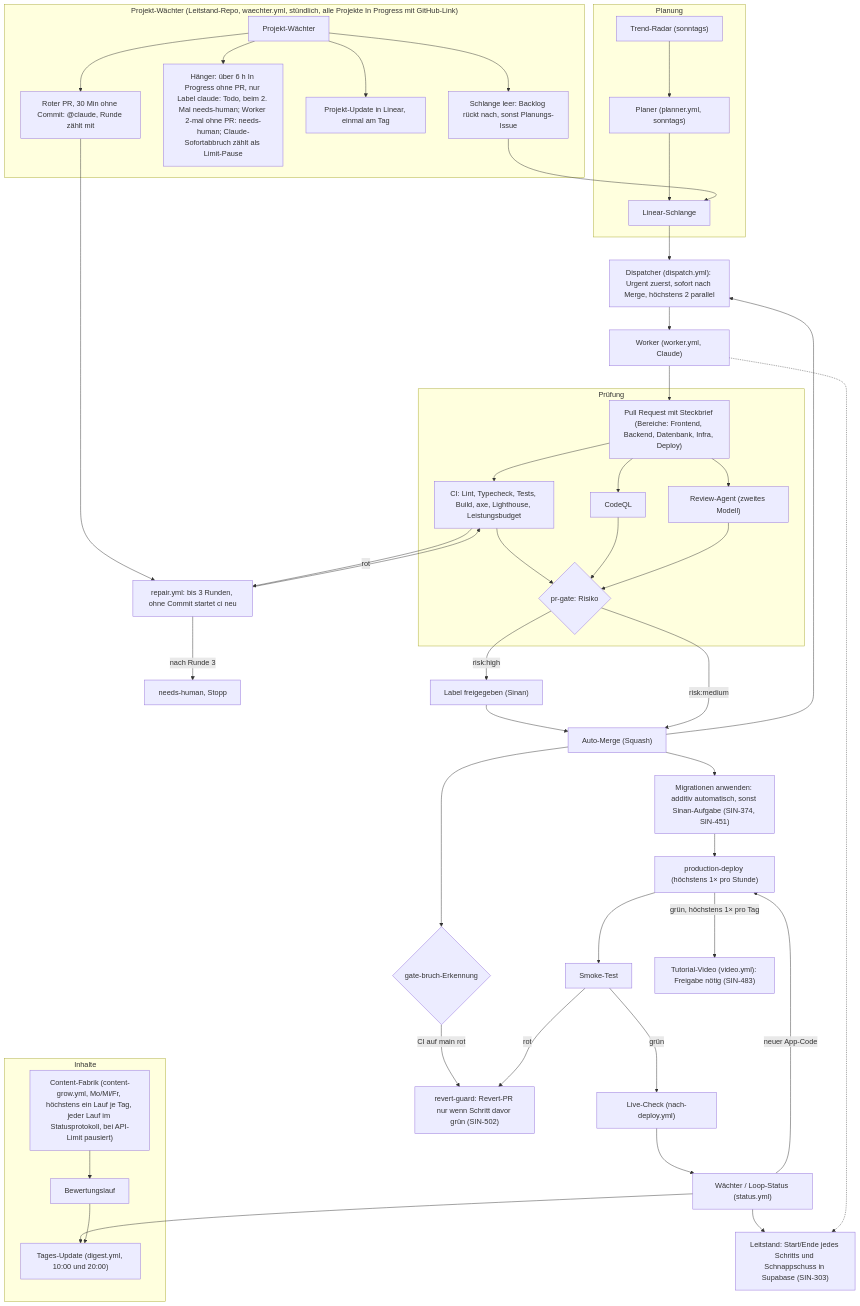
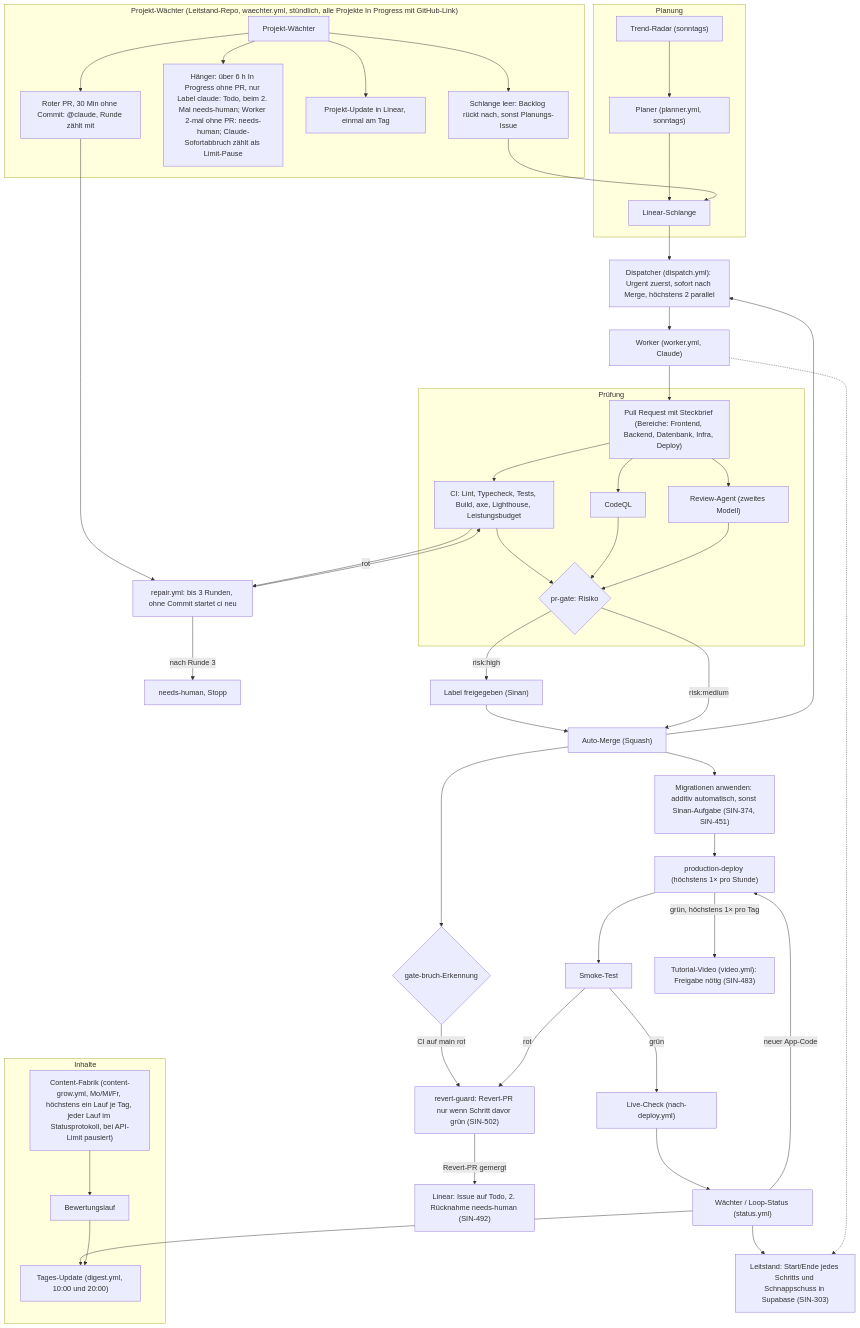
Before and after one commit to siinanXD/Content-Agent-Lernapp: the diagram in docs/diagramme/pipeline.mmd, drawn with Mermaid. The commit also changed 12 other files, not shown here.

Commit message:
feat(autonomy): zurückgenommenes Issue in Linear wieder öffnen (SIN-492) (#304)

```diff
--- a/docs/diagramme/pipeline.mmd
+++ b/docs/diagramme/pipeline.mmd
@@ -1,50 +1,51 @@
 %% Pipeline-Ablauf des Loops, Stand main 09.10. (SIN-376). Quelle für das FigJam-Board „Pipeline-Ablauf“.
 %% Ändern sich .github/workflows/ oder scripts/autonomy/, diese Datei im selben PR anpassen.
 flowchart TD
   subgraph Planung
     Radar["Trend-Radar (sonntags)"] --> Planer
     Planer["Planer (planner.yml, sonntags)"] --> Schlange["Linear-Schlange"]
   end
   Schlange --> Dispatcher["Dispatcher (dispatch.yml): Urgent zuerst, sofort nach Merge, höchstens 2 parallel"]
   Dispatcher --> Worker["Worker (worker.yml, Claude)"]
   Worker --> PR["Pull Request mit Steckbrief (Bereiche: Frontend, Backend, Datenbank, Infra, Deploy)"]
   subgraph Prüfung
     PR --> CI["CI: Lint, Typecheck, Tests, Build, axe, Lighthouse, Leistungsbudget"]
     PR --> CodeQL["CodeQL"]
     PR --> Review["Review-Agent (zweites Modell)"]
     CI --> Gate{"pr-gate: Risiko"}
     CodeQL --> Gate
     Review --> Gate
   end
   CI -- rot --> Repair["repair.yml: bis 3 Runden, ohne Commit startet ci neu"]
   Repair --> CI
   Repair -- "nach Runde 3" --> Mensch["needs-human, Stopp"]
   Gate -- "risk:high" --> Freigabe["Label freigegeben (Sinan)"]
   Freigabe --> Merge
   Gate -- "risk:medium" --> Merge["Auto-Merge (Squash)"]
   Merge --> Dispatcher
   Merge --> Migr["Migrationen anwenden: additiv automatisch, sonst Sinan-Aufgabe (SIN-374, SIN-451)"]
   Merge --> Bruch{"gate-bruch-Erkennung"}
   Bruch -- "CI auf main rot" --> Revert["revert-guard: Revert-PR nur wenn Schritt davor grün (SIN-502)"]
+  Revert -- "Revert-PR gemergt" --> LinearTodo["Linear: Issue auf Todo, 2. Rücknahme needs-human (SIN-492)"]
   Migr --> Deploy["production-deploy (höchstens 1× pro Stunde)"]
   Deploy --> Smoke["Smoke-Test"]
   Smoke -- rot --> Revert
   Smoke -- grün --> Live["Live-Check (nach-deploy.yml)"]
   Deploy -- "grün, höchstens 1× pro Tag" --> Video["Tutorial-Video (video.yml): Freigabe nötig (SIN-483)"]
   Live --> Waechter["Wächter / Loop-Status (status.yml)"]
   Waechter -- "neuer App-Code" --> Deploy
   Waechter --> Update["Tages-Update (digest.yml, 10:00 und 20:00)"]
   Waechter --> Leitstand["Leitstand: Start/Ende jedes Schritts und Schnappschuss in Supabase (SIN-303)"]
   Worker -.-> Leitstand
   subgraph Projektwaechter["Projekt-Wächter (Leitstand-Repo, waechter.yml, stündlich, alle Projekte In Progress mit GitHub-Link)"]
     PW["Projekt-Wächter"] --> PWS["Schlange leer: Backlog rückt nach, sonst Planungs-Issue"]
     PW --> PWH["Hänger: über 6 h In Progress ohne PR, nur Label claude: Todo, beim 2. Mal needs-human; Worker 2-mal ohne PR: needs-human; Claude-Sofortabbruch zählt als Limit-Pause"]
     PW --> PWU["Projekt-Update in Linear, einmal am Tag"]
     PW --> PWR["Roter PR, 30 Min ohne Commit: @claude, Runde zählt mit"]
   end
   PWS --> Schlange
   PWR --> Repair
   subgraph Inhalte
     Fabrik["Content-Fabrik (content-grow.yml, Mo/Mi/Fr, höchstens ein Lauf je Tag, jeder Lauf im Statusprotokoll, bei API-Limit pausiert)"] --> Bewertung["Bewertungslauf"]
     Bewertung --> Update
   end
```
